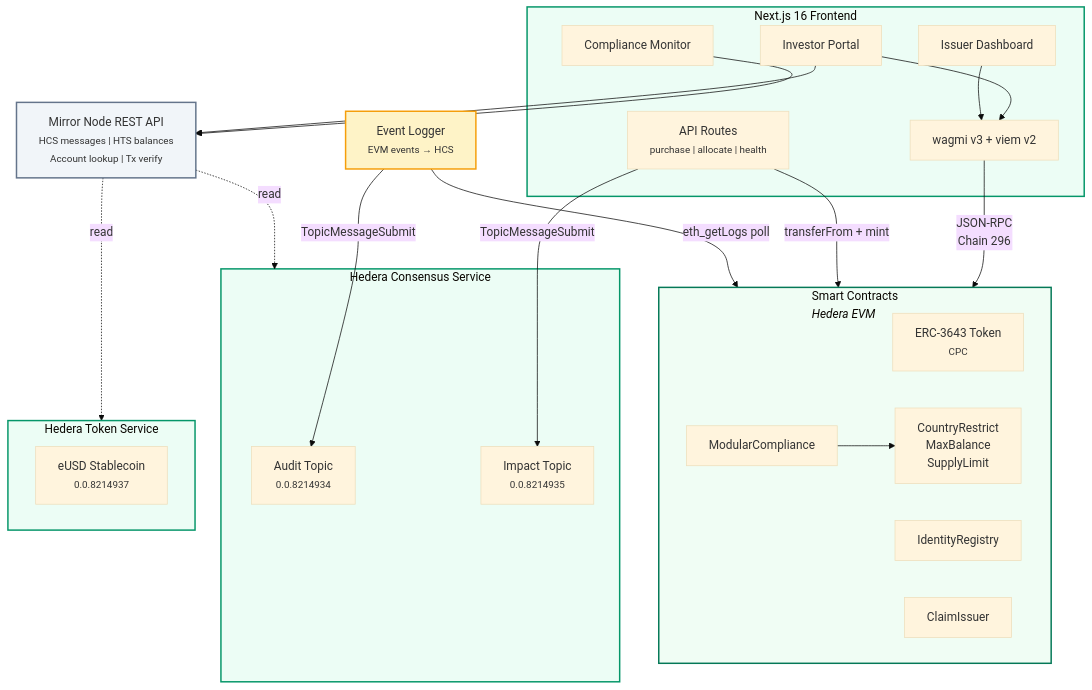
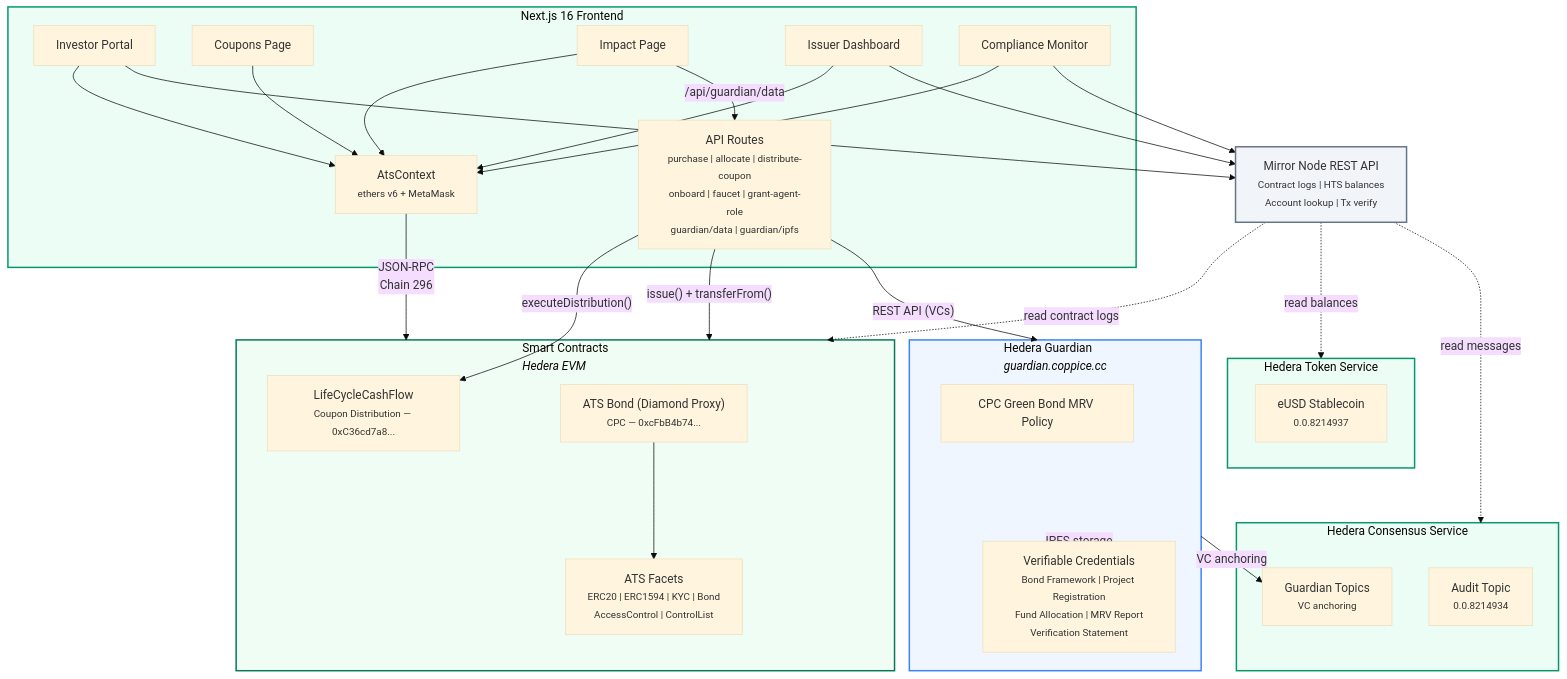
One commit to ad0ll/hedera-coppice changed the diagram in docs/architecture-mermaid.md. Above: the diagram before and after it, drawn with Mermaid (base theme). The commit also changed other lines of this file and 59 other files, not shown here.

Commit message:
Doc updates, ui fixes for demo, deprecate event logger (unused now)

````diff
--- a/docs/architecture-mermaid.md
+++ b/docs/architecture-mermaid.md
@@ -5,53 +5,58 @@
 ```mermaid
 graph TD
     subgraph Frontend["Next.js 16 Frontend"]
         IP["Investor Portal"]
+        CP["Coupons Page"]
+        IMP["Impact Page"]
         ID["Issuer Dashboard"]
         CM["Compliance Monitor"]
-        WV["wagmi v3 + viem v2"]
-        API["API Routes<br/><small>purchase | allocate | health</small>"]
+        ATS["AtsContext<br/><small>ethers v6 + MetaMask</small>"]
+        API["API Routes<br/><small>purchase | allocate | distribute-coupon<br/>onboard | faucet | grant-agent-role<br/>guardian/data | guardian/ipfs</small>"]
     end
 
     subgraph SC["Smart Contracts<br/><i>Hedera EVM</i>"]
-        Token["ERC-3643 Token<br/><small>CPC</small>"]
-        IR["IdentityRegistry"]
-        MC["ModularCompliance"]
-        CI["ClaimIssuer"]
-        Modules["CountryRestrict<br/>MaxBalance<br/>SupplyLimit"]
+        Bond["ATS Bond (Diamond Proxy)<br/><small>CPC — 0xcFbB4b74...</small>"]
+        LCCF["LifeCycleCashFlow<br/><small>Coupon Distribution — 0xC36cd7a8...</small>"]
+        Facets["ATS Facets<br/><small>ERC20 | ERC1594 | KYC | Bond<br/>AccessControl | ControlList</small>"]
+    end
+
+    subgraph Guardian["Hedera Guardian<br/><i>guardian.coppice.cc</i>"]
+        Policy["CPC Green Bond MRV Policy"]
+        VCs["Verifiable Credentials<br/><small>Bond Framework | Project Registration<br/>Fund Allocation | MRV Report<br/>Verification Statement</small>"]
     end
 
     subgraph HCS["Hedera Consensus Service"]
         Audit["Audit Topic<br/><small>0.0.8214934</small>"]
-        Impact["Impact Topic<br/><small>0.0.8214935</small>"]
+        GuardianHCS["Guardian Topics<br/><small>VC anchoring</small>"]
     end
 
     subgraph HTS["Hedera Token Service"]
         eUSD["eUSD Stablecoin<br/><small>0.0.8214937</small>"]
     end
 
-    MN["Mirror Node REST API<br/><small>HCS messages | HTS balances<br/>Account lookup | Tx verify</small>"]
+    MN["Mirror Node REST API<br/><small>Contract logs | HTS balances<br/>Account lookup | Tx verify</small>"]
 
-    EL["Event Logger<br/><small>EVM events → HCS</small>"]
+    IP & CP & IMP & ID & CM --> ATS
+    ATS -->|"JSON-RPC<br/>Chain 296"| SC
+    API -->|"issue() + transferFrom()"| SC
+    API -->|"executeDistribution()"| LCCF
+    API -->|"REST API (VCs)"| Guardian
+    CM & IP & ID --> MN
+    IMP -->|"/api/guardian/data"| API
 
-    IP & ID --> WV
-    WV -->|"JSON-RPC<br/>Chain 296"| SC
-    API -->|"transferFrom + mint"| SC
-    API -->|"TopicMessageSubmit"| Impact
-    CM --> MN
-    IP --> MN
+    Guardian -->|"VC anchoring"| GuardianHCS
+    Guardian -->|"IPFS storage"| VCs
 
-    EL -->|"eth_getLogs poll"| SC
-    EL -->|"TopicMessageSubmit"| Audit
+    MN -.->|"read contract logs"| SC
+    MN -.->|"read balances"| HTS
+    MN -.->|"read messages"| HCS
 
-    MN -.->|"read"| HCS
-    MN -.->|"read"| HTS
-
-    MC --> Modules
+    Bond --> Facets
 
     style Frontend fill:#ecfdf5,stroke:#059669,stroke-width:2px
     style SC fill:#f0fdf4,stroke:#047857,stroke-width:2px
+    style Guardian fill:#eff6ff,stroke:#3b82f6,stroke-width:2px
     style HCS fill:#ecfdf5,stroke:#059669,stroke-width:2px
     style HTS fill:#ecfdf5,stroke:#059669,stroke-width:2px
     style MN fill:#f1f5f9,stroke:#64748b,stroke-width:2px
-    style EL fill:#fef3c7,stroke:#f59e0b,stroke-width:2px
 ```
````
